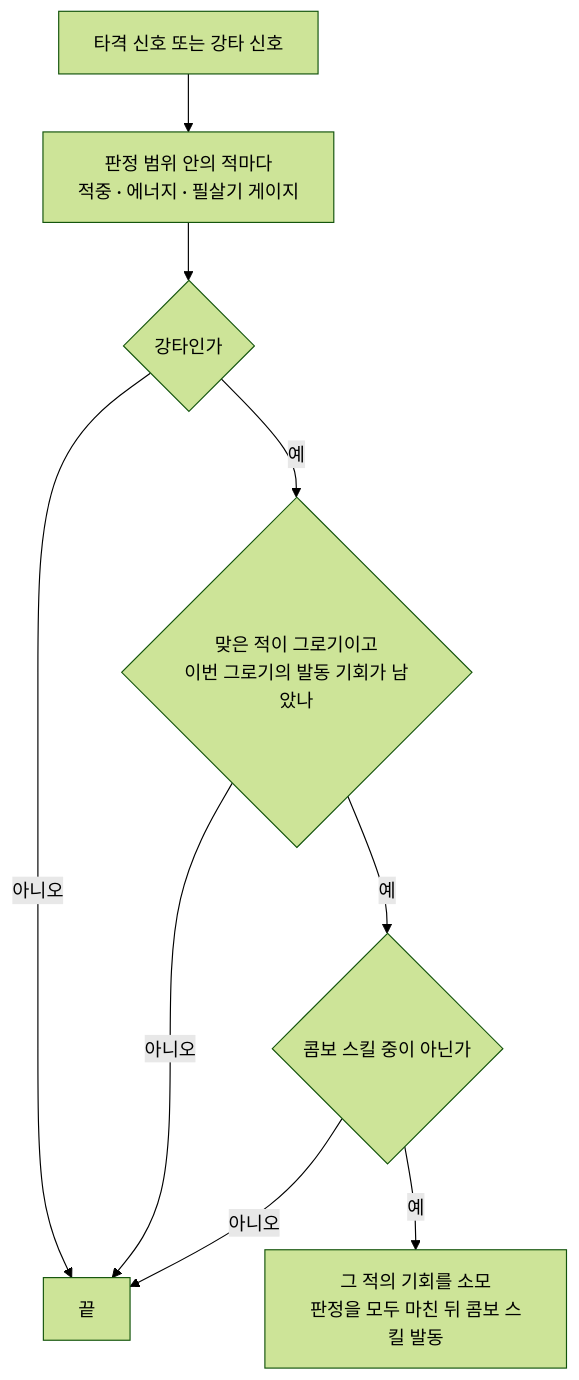
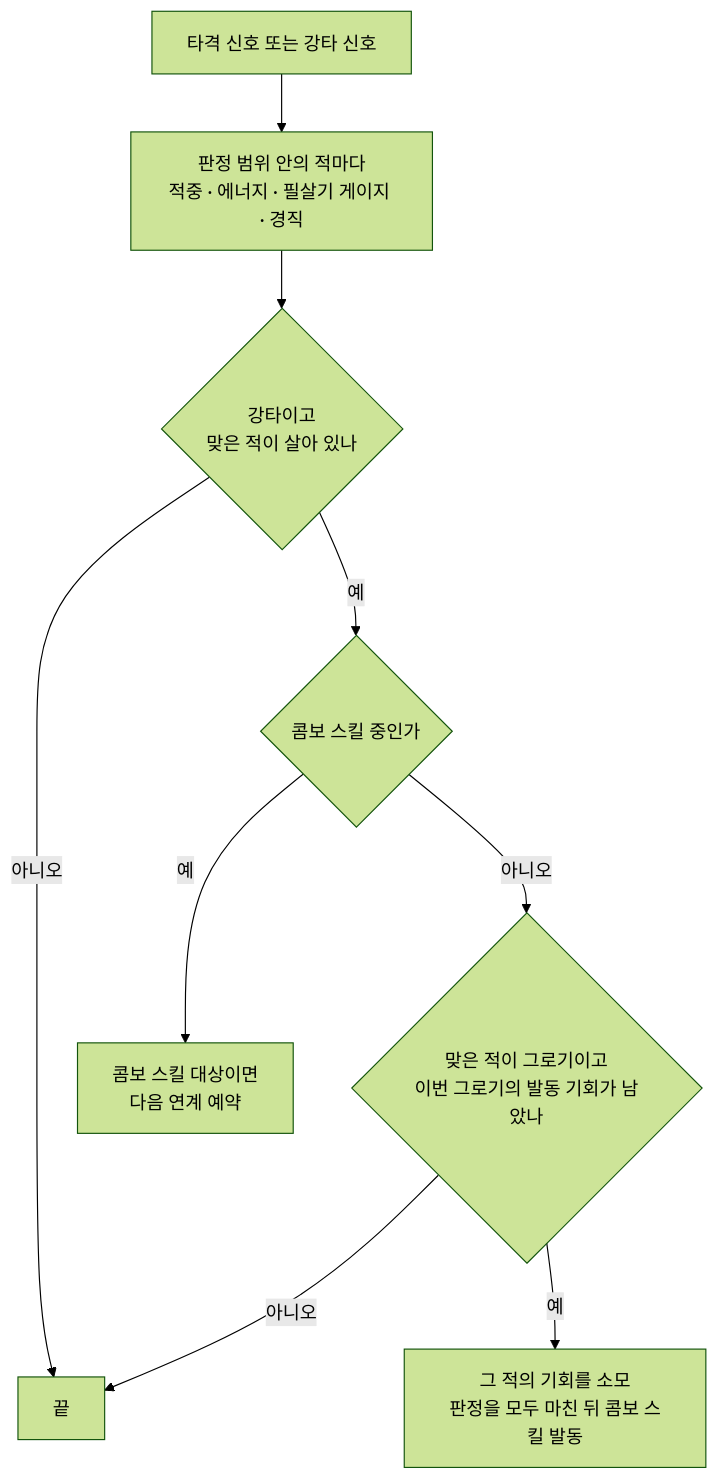
The first of 2 diagrams in Docs/Technical/Player/PlayerComboSkill.md (SquashPrince/Develrocket_mp15_HHH), drawn with Mermaid (forest theme) before and after one commit. The commit also changed other lines of this file and 12 other files, not shown here.

````diff
--- a/Docs/Technical/Player/PlayerComboSkill.md
+++ b/Docs/Technical/Player/PlayerComboSkill.md
@@ -40,11 +30,11 @@
 ```mermaid
 flowchart TD
-    H["타격 신호 또는 강타 신호"] --> J["판정 범위 안의 적마다<br>적중 · 에너지 · 필살기 게이지"]
-    J --> I{"강타인가"}
+    H["타격 신호 또는 강타 신호"] --> J["판정 범위 안의 적마다<br>적중 · 에너지 · 필살기 게이지 · 경직"]
+    J --> I{"강타이고<br>맞은 적이 살아 있나"}
     I -->|"아니오"| N["끝"]
-    I -->|"예"| G{"맞은 적이 그로기이고<br>이번 그로기의 발동 기회가 남았나"}
+    I -->|"예"| A{"콤보 스킬 중인가"}
+    A -->|"예"| Q["콤보 스킬 대상이면<br>다음 연계 예약"]
+    A -->|"아니오"| G{"맞은 적이 그로기이고<br>이번 그로기의 발동 기회가 남았나"}
     G -->|"아니오"| N
-    G -->|"예"| A{"콤보 스킬 중이 아닌가"}
-    A -->|"아니오"| N
-    A -->|"예"| U["그 적의 기회를 소모<br>판정을 모두 마친 뒤 콤보 스킬 발동"]
+    G -->|"예"| U["그 적의 기회를 소모<br>판정을 모두 마친 뒤 콤보 스킬 발동"]
 ```
````
